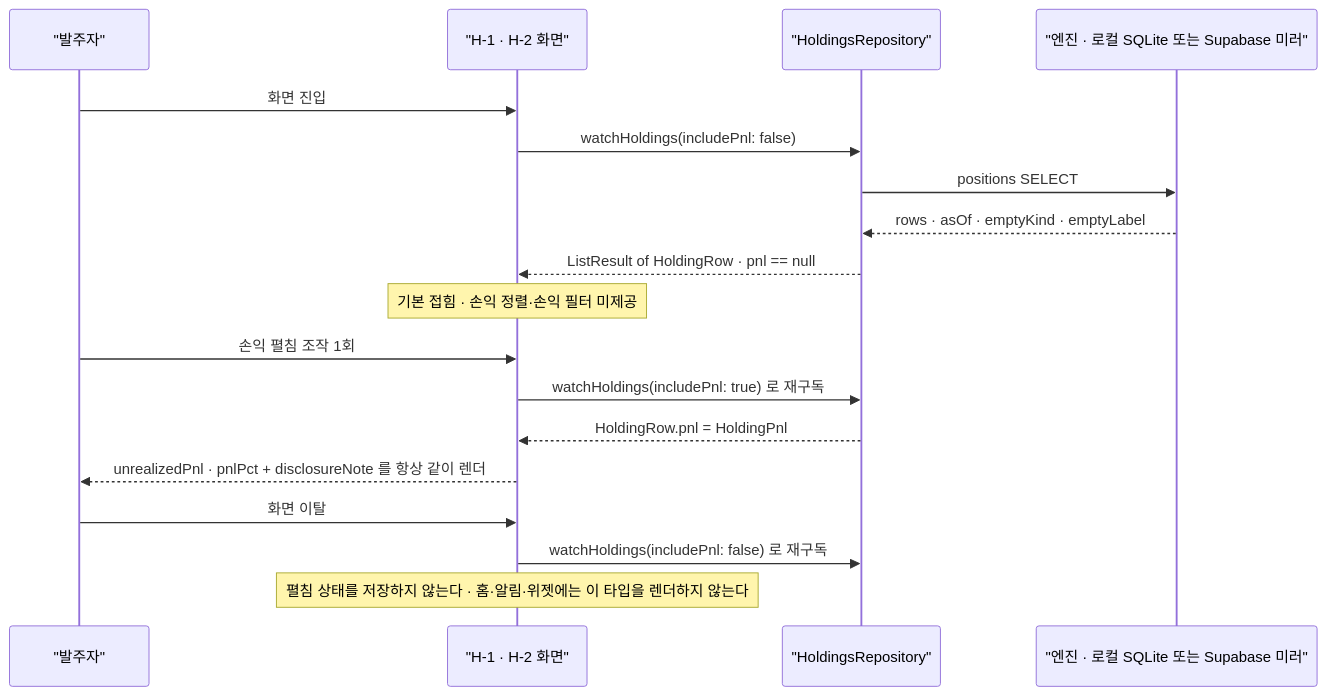
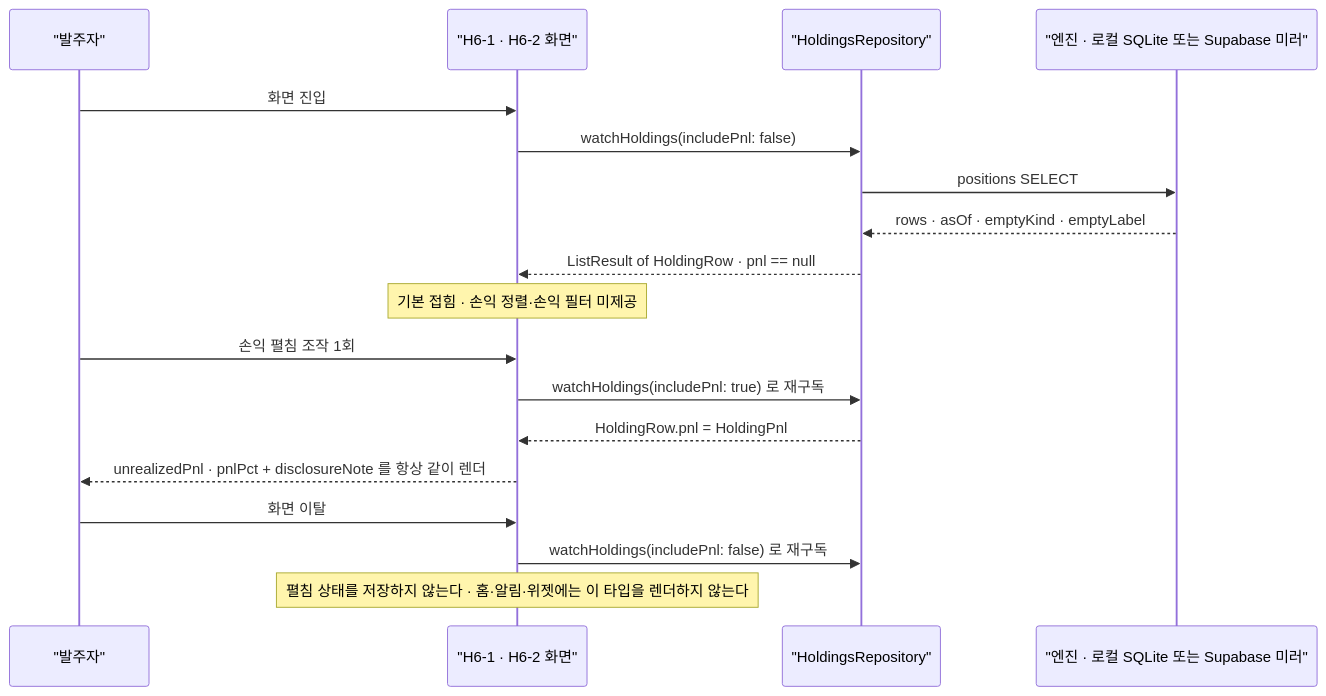
Before and after one commit to billybeom/AutoAlphaQuant: the third of 27 diagrams in docs/ai-context/02_화면명세_M6_매매일지_보유현황.md, drawn with Mermaid. The commit also changed other lines of this file and 17 other files, not shown here.

````diff
--- a/docs/ai-context/02_화면명세_M6_매매일지_보유현황.md
+++ b/docs/ai-context/02_화면명세_M6_매매일지_보유현황.md
@@ -206,20 +209,20 @@
 ```mermaid
 sequenceDiagram
   participant U as "발주자"
-  participant V as "H-1 · H-2 화면"
+  participant V as "H6-1 · H6-2 화면"
   participant HR as "HoldingsRepository"
   participant EN as "엔진 · 로컬 SQLite 또는 Supabase 미러"
   U->>V: 화면 진입
   V->>HR: watchHoldings(includePnl: false)
   HR->>EN: positions SELECT
   EN-->>HR: rows · asOf · emptyKind · emptyLabel
   HR-->>V: ListResult of HoldingRow · pnl == null
   Note over V: 기본 접힘 · 손익 정렬·손익 필터 미제공
   U->>V: 손익 펼침 조작 1회
   V->>HR: watchHoldings(includePnl: true) 로 재구독
   HR-->>V: HoldingRow.pnl = HoldingPnl
   V-->>U: unrealizedPnl · pnlPct + disclosureNote 를 항상 같이 렌더
   U->>V: 화면 이탈
   V->>HR: watchHoldings(includePnl: false) 로 재구독
   Note over V: 펼침 상태를 저장하지 않는다 · 홈·알림·위젯에는 이 타입을 렌더하지 않는다
 ```
````
